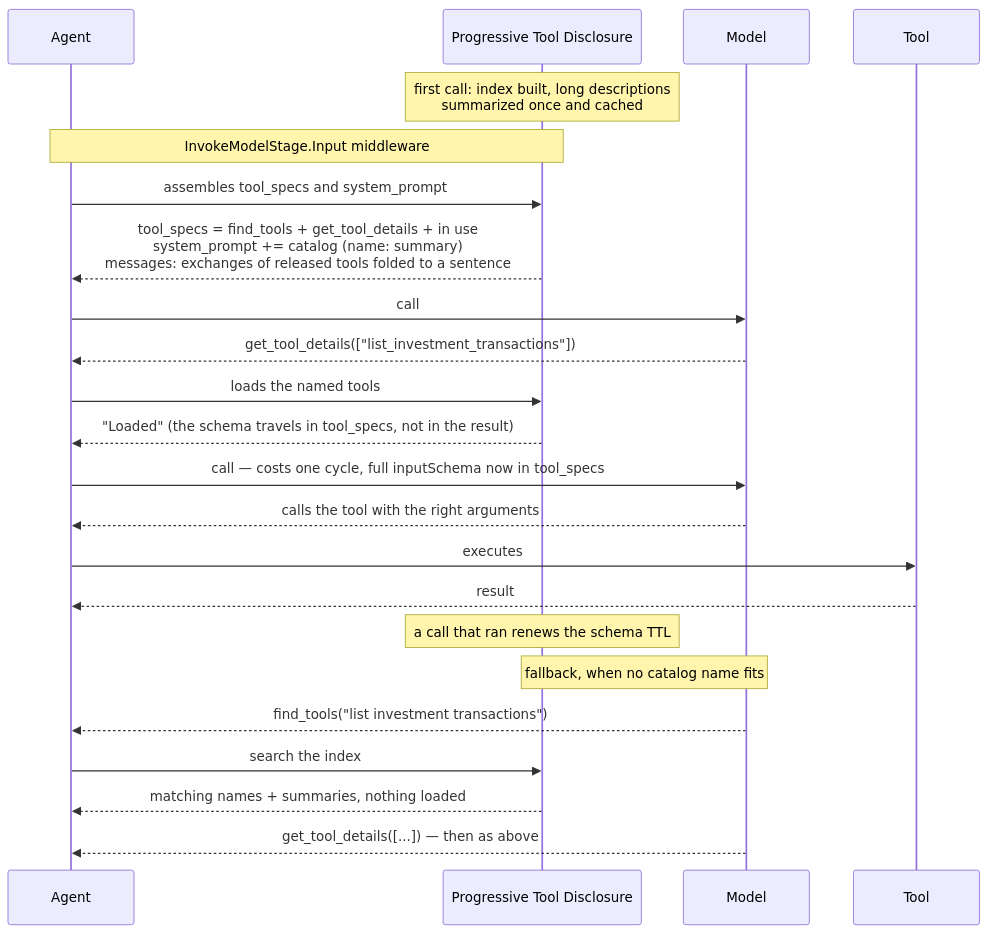
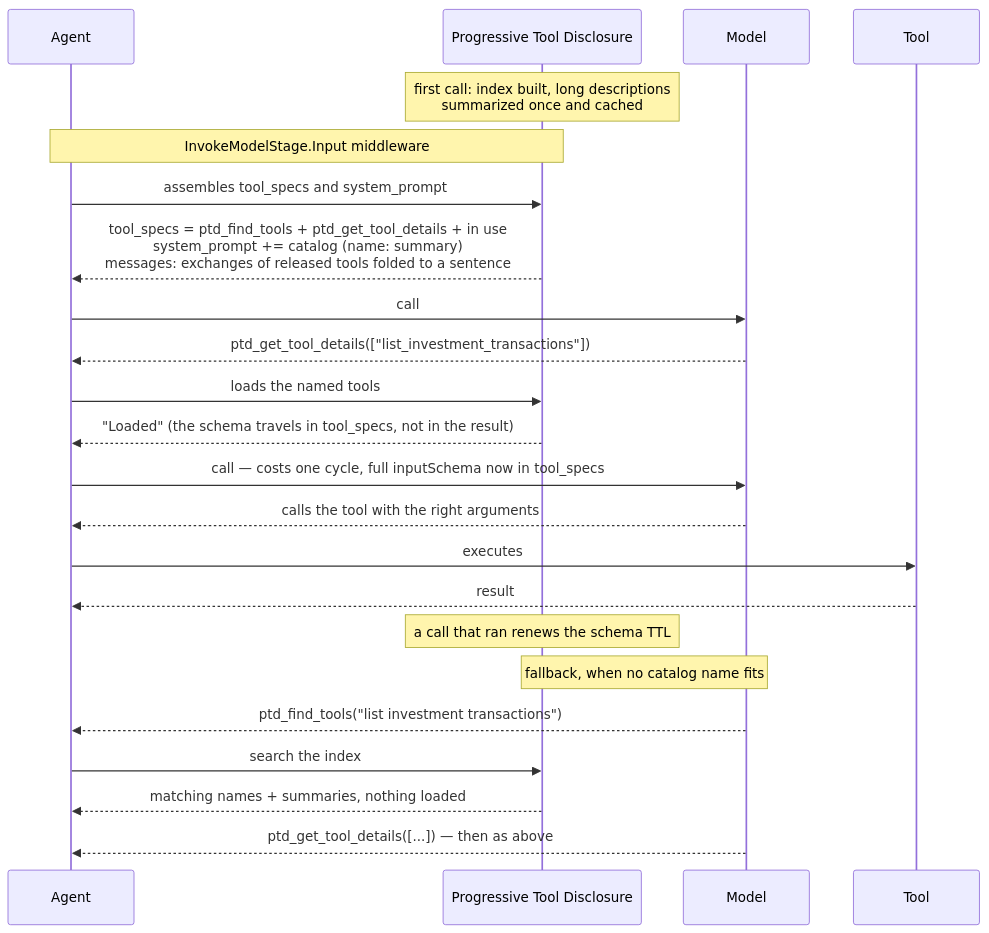
One commit to aws-samples/sample-context-engineering changed the diagram in docs/design/design-b-progressive-tool-disclosure.md. Above: the diagram before and after it, drawn with Mermaid. The commit also changed other lines of this file and 124 other files, not shown here.

````diff
--- a/docs/design/design-b-progressive-tool-disclosure.md
+++ b/docs/design/design-b-progressive-tool-disclosure.md
@@ -125,30 +125,30 @@
 ```mermaid
 sequenceDiagram
     participant AG as Agent
     participant B as Progressive Tool Disclosure
     participant M as Model
     participant T as Tool
 
     Note over B: first call: index built, long descriptions<br/>summarized once and cached
 
     Note over AG,B: InvokeModelStage.Input middleware
     AG->>B: assembles tool_specs and system_prompt
-    B-->>AG: tool_specs = find_tools + get_tool_details + in use<br/>system_prompt += catalog (name: summary)<br/>messages: exchanges of released tools folded to a sentence
+    B-->>AG: tool_specs = ptd_find_tools + ptd_get_tool_details + in use<br/>system_prompt += catalog (name: summary)<br/>messages: exchanges of released tools folded to a sentence
 
     AG->>M: call
-    M-->>AG: get_tool_details(["list_investment_transactions"])
+    M-->>AG: ptd_get_tool_details(["list_investment_transactions"])
     AG->>B: loads the named tools
     B-->>AG: "Loaded" (the schema travels in tool_specs, not in the result)
     AG->>M: call — costs one cycle, full inputSchema now in tool_specs
 
     M-->>AG: calls the tool with the right arguments
     AG->>T: executes
     T-->>AG: result
     Note over B: a call that ran renews the schema TTL
 
     Note over M,B: fallback, when no catalog name fits
-    M-->>AG: find_tools("list investment transactions")
+    M-->>AG: ptd_find_tools("list investment transactions")
     AG->>B: search the index
     B-->>AG: matching names + summaries, nothing loaded
-    M-->>AG: get_tool_details([...]) — then as above
+    M-->>AG: ptd_get_tool_details([...]) — then as above
 ```
````
